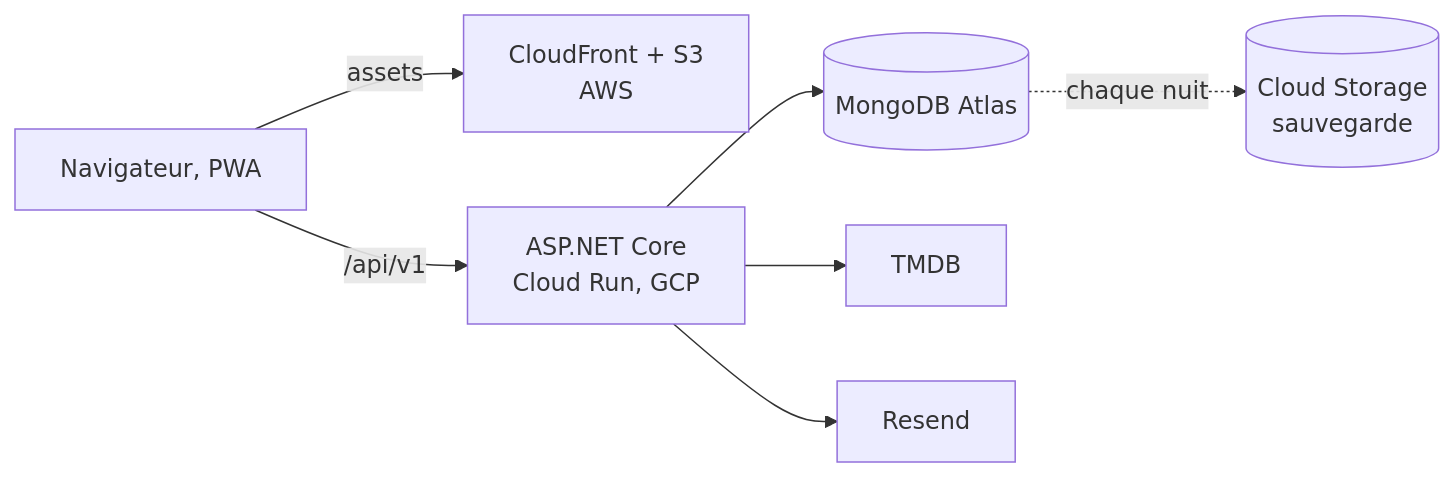
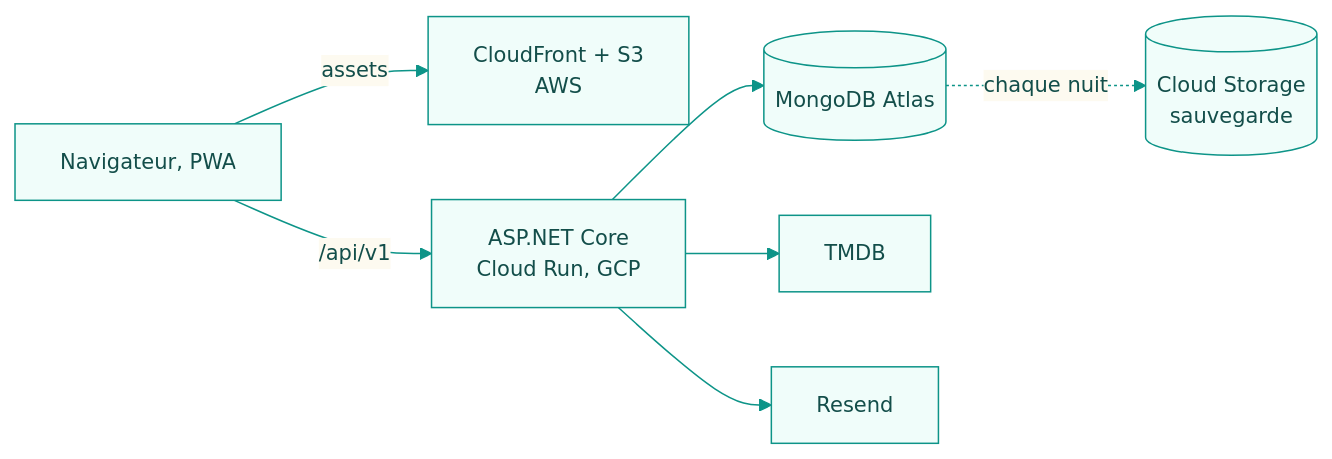
The diagram in docs/RNCP/bloc-3-coordination-pilotage/slides/slides.md (Affy657/Movie-Picker), drawn with Mermaid before and after one commit. The commit also changed other lines of this file and 2 other files, not shown here.

````diff
--- a/docs/RNCP/bloc-3-coordination-pilotage/slides/slides.md
+++ b/docs/RNCP/bloc-3-coordination-pilotage/slides/slides.md
@@ -1184,10 +1107,11 @@
 ```mermaid
+%%{init: {"theme": "base", "themeVariables": {"primaryColor": "#f0fdfa", "primaryBorderColor": "#0d9488", "primaryTextColor": "#134e4a", "lineColor": "#0d9488", "tertiaryColor": "#f0fdfa", "fontSize": "14px"}}}%%
 flowchart LR
   U["Navigateur, PWA"]
   U -->|assets| CF["CloudFront + S3<br/>AWS"]
   U -->|/api/v1| CR["ASP.NET Core<br/>Cloud Run, GCP"]
   CR --> M[("MongoDB Atlas")]
   CR --> TMDB["TMDB"]
   CR --> RS["Resend"]
   M -.->|chaque nuit| GCS[("Cloud Storage<br/>sauvegarde")]
 ```
````
